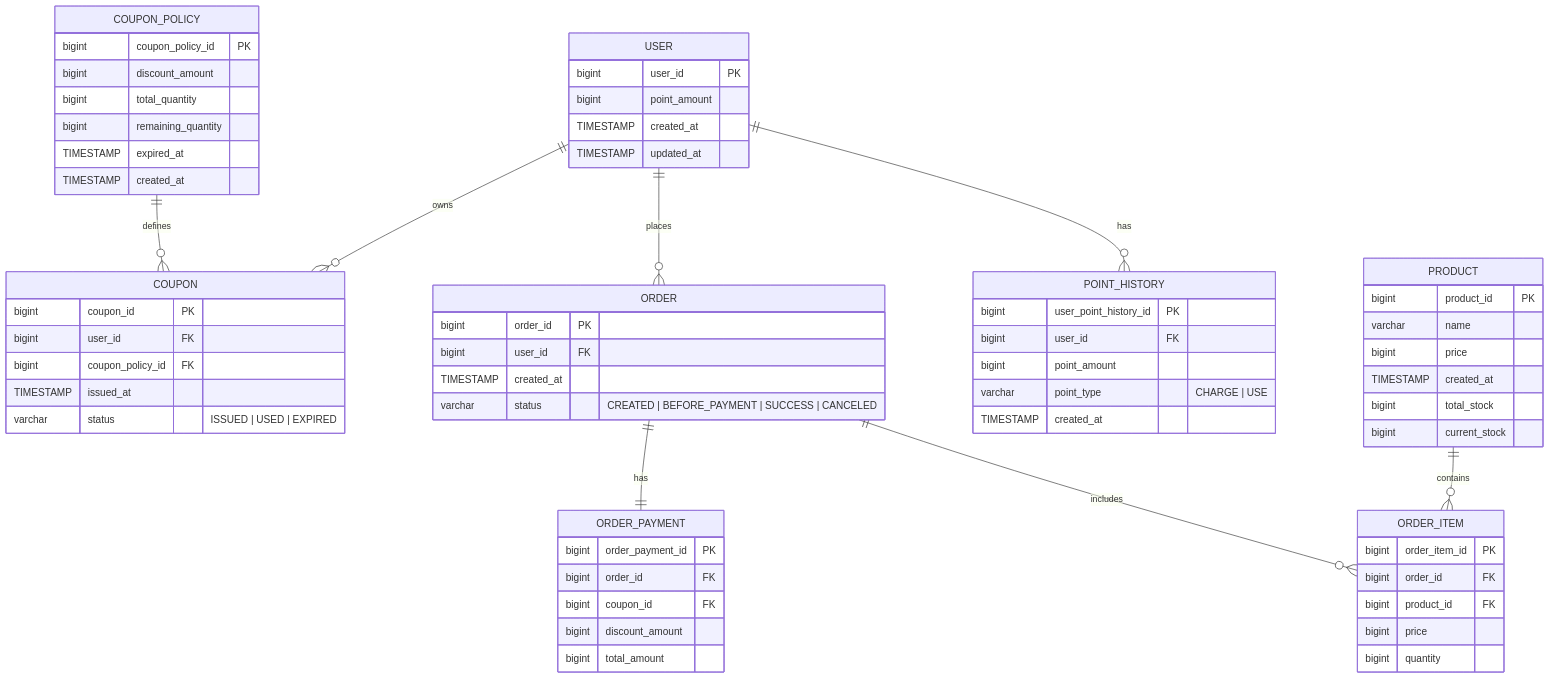
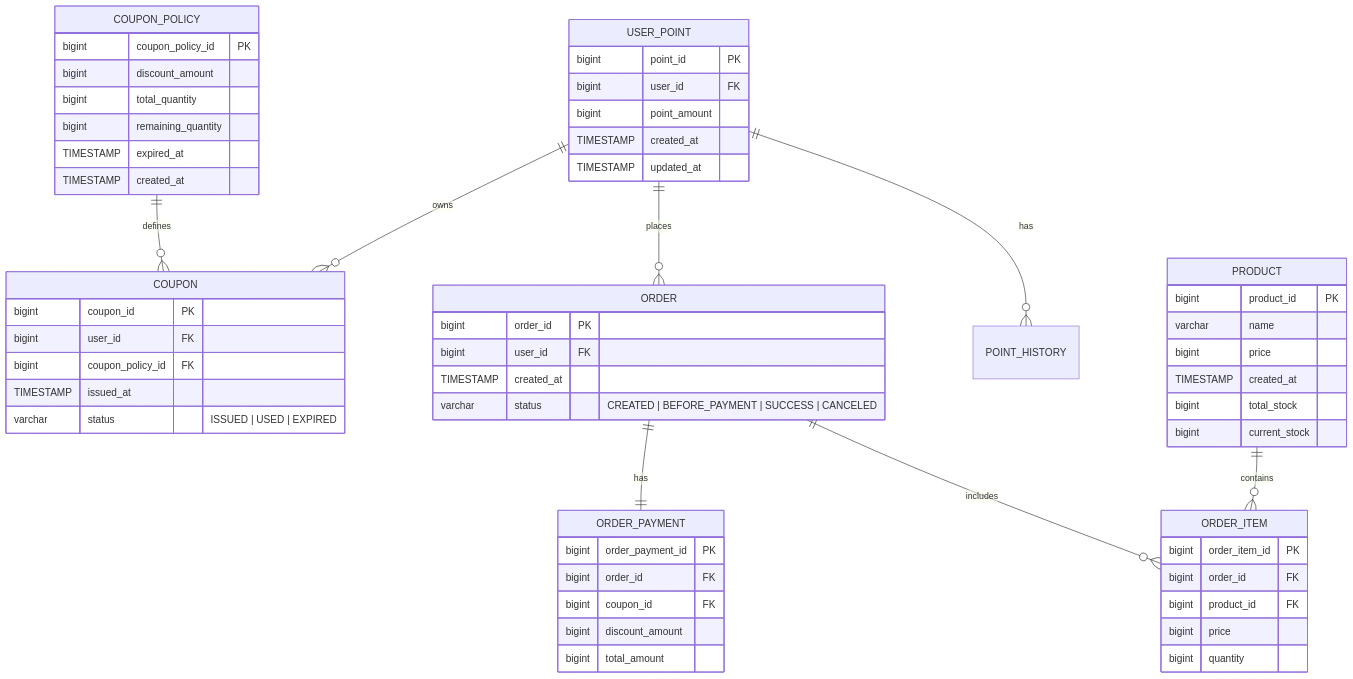
Before and after one commit to Maker-H/99-shopping: the diagram in docs/erd/erd.mmd, drawn with Mermaid. The commit also changed 28 other files, not shown here.

```diff
--- a/docs/erd/erd.mmd
+++ b/docs/erd/erd.mmd
@@ -1,80 +1,73 @@
 erDiagram
 
-    USER ||--o{ POINT_HISTORY : has
-    USER ||--o{ ORDER : places
-    USER ||--o{ COUPON : owns
+    USER_POINT ||--o{ POINT_HISTORY : has
+    USER_POINT ||--o{ ORDER : places
+    USER_POINT ||--o{ COUPON : owns
 
     PRODUCT ||--o{ ORDER_ITEM : contains
     ORDER ||--o{ ORDER_ITEM : includes
     ORDER ||--|| ORDER_PAYMENT : has
 
     COUPON_POLICY ||--o{ COUPON : defines
 
-    USER {
-        bigint user_id PK
+    USER_POINT {
+        bigint point_id PK
+        bigint user_id FK
         bigint point_amount
         TIMESTAMP created_at
         TIMESTAMP updated_at
-    }
-
-    POINT_HISTORY {
-        bigint user_point_history_id PK
-        bigint user_id FK
-        bigint point_amount
-        varchar point_type "CHARGE | USE"
-        TIMESTAMP created_at
     }
 
     PRODUCT {
         bigint product_id PK
         varchar name
         bigint price
         TIMESTAMP created_at
         bigint total_stock
         bigint current_stock
     }
 
 %%  ORDER(created_at DESC)
     ORDER {
         bigint order_id PK
         bigint user_id FK
         TIMESTAMP created_at
         varchar status "CREATED | BEFORE_PAYMENT | SUCCESS | CANCELED"
     }
 
 %%  ORDER_ITEM(order_id)
     ORDER_ITEM {
         bigint order_item_id PK
         bigint order_id FK
         bigint product_id FK
         bigint price
         bigint quantity
     }
 
 %%  ORDER_PAYMENT(order_id)
     ORDER_PAYMENT {
         bigint order_payment_id PK
         bigint order_id FK
         bigint coupon_id FK
         bigint discount_amount
         bigint total_amount
     }
 
     COUPON_POLICY {
         bigint coupon_policy_id PK
         bigint discount_amount
         bigint total_quantity
         bigint remaining_quantity
         TIMESTAMP expired_at
         TIMESTAMP created_at
     }
 
 %%  COUPON (coupon_policy_id)
 %%  COUPON (user_id)
     COUPON {
         bigint coupon_id PK
         bigint user_id FK
         bigint coupon_policy_id FK
         TIMESTAMP issued_at
         varchar status "ISSUED | USED | EXPIRED"
     }
```
